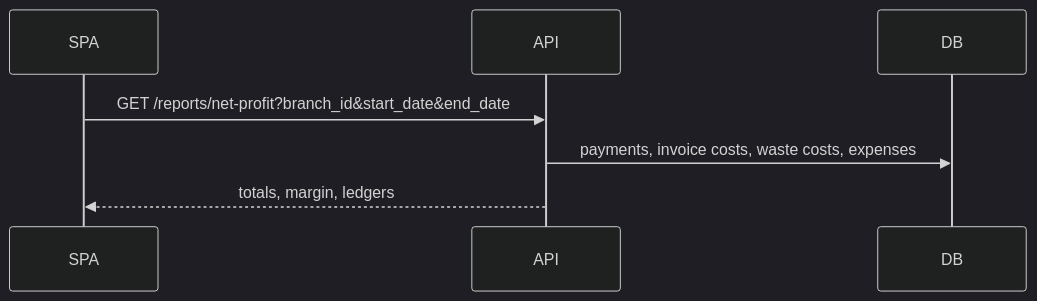
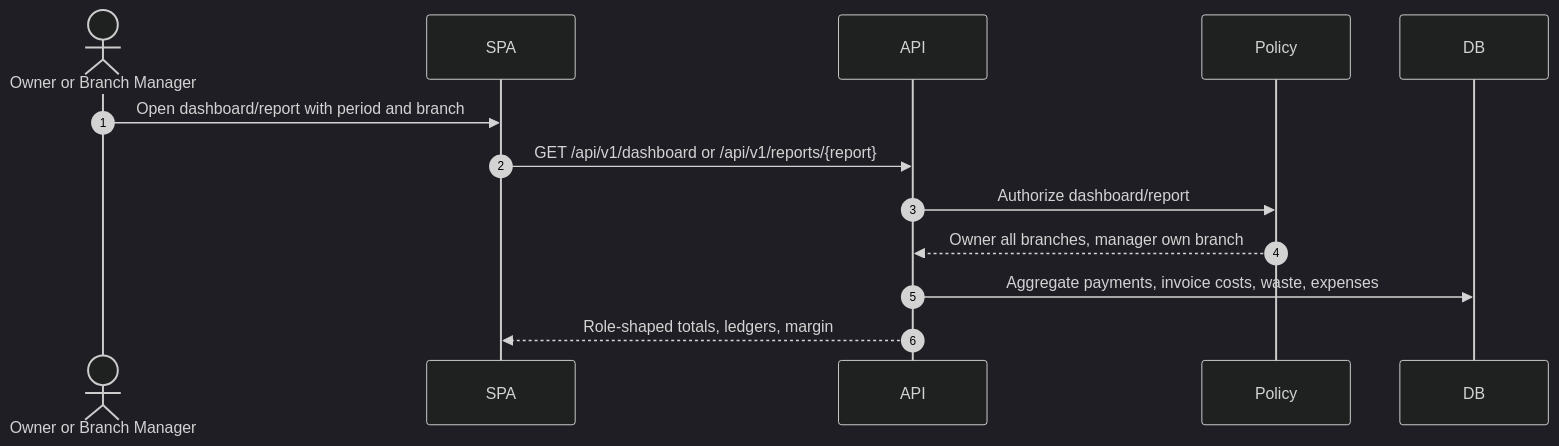
Diagram 18 of 21 in docs/architecture/sequence-diagrams.md (Arukast/pos_alja), drawn with Mermaid (dark theme) before and after one commit. The commit also changed other lines of this file, not shown here.

Commit message:
docs: expand sequence diagrams for target flows (#43)

````diff
--- a/docs/architecture/sequence-diagrams.md
+++ b/docs/architecture/sequence-diagrams.md
@@ -139,10 +452,16 @@
 ```mermaid
 sequenceDiagram
+    autonumber
+    actor A as Owner or Branch Manager
     participant SPA
     participant API
+    participant Policy
     participant DB
 
-    SPA->>API: GET /reports/net-profit?branch_id&start_date&end_date
-    API->>DB: payments, invoice costs, waste costs, expenses
-    API-->>SPA: totals, margin, ledgers
+    A->>SPA: Open dashboard/report with period and branch
+    SPA->>API: GET /api/v1/dashboard or /api/v1/reports/{report}
+    API->>Policy: Authorize dashboard/report
+    Policy-->>API: Owner all branches, manager own branch
+    API->>DB: Aggregate payments, invoice costs, waste, expenses
+    API-->>SPA: Role-shaped totals, ledgers, margin
 ```
````
